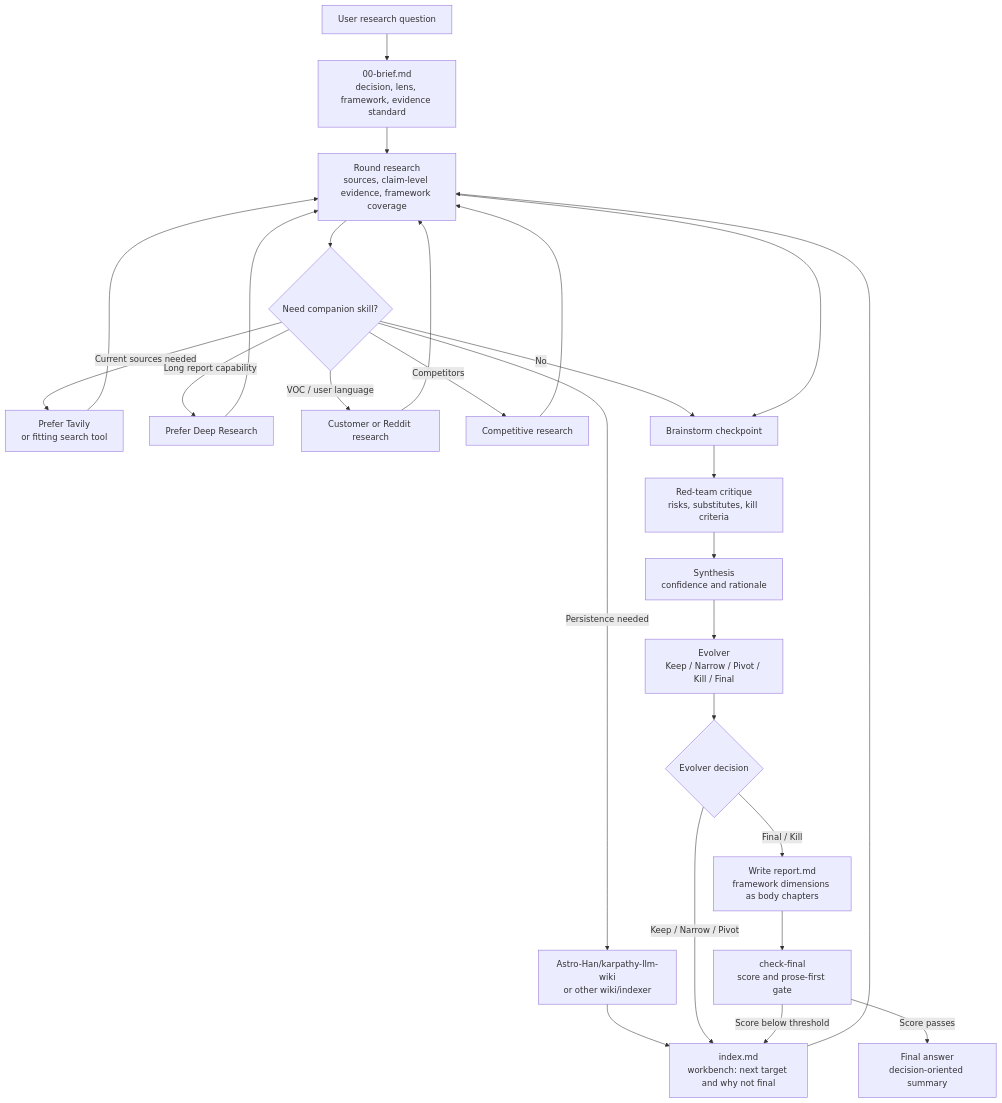
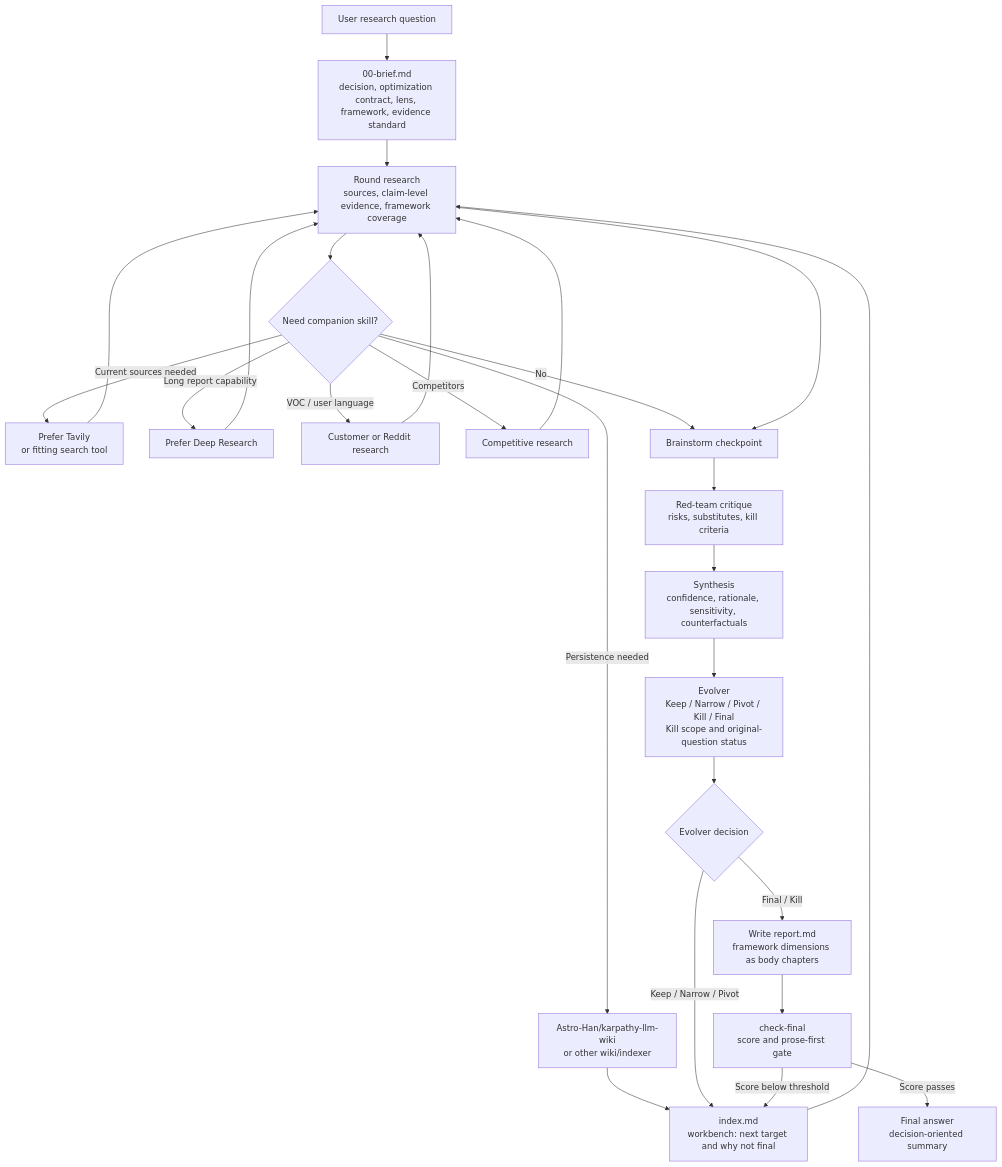
The diagram in README.md (GoatGit/super-survey), drawn with Mermaid before and after one commit. The commit also changed other lines of this file and 6 other files, not shown here.

````diff
--- a/README.md
+++ b/README.md
@@ -198,28 +200,28 @@
 ```mermaid
 flowchart TD
-    A[User research question] --> B[00-brief.md<br/>decision, lens, framework, evidence standard]
+    A[User research question] --> B[00-brief.md<br/>decision, optimization contract, lens, framework, evidence standard]
     B --> C[Round research<br/>sources, claim-level evidence, framework coverage]
     C --> D{Need companion skill?}
     D -->|Current sources needed| D1[Prefer Tavily<br/>or fitting search tool]
     D -->|Long report capability| D2[Prefer Deep Research]
     D -->|VOC / user language| D3[Customer or Reddit research]
     D -->|Competitors| D4[Competitive research]
     D -->|Persistence needed| D5[Astro-Han/karpathy-llm-wiki<br/>or other wiki/indexer]
     D -->|No| E[Brainstorm checkpoint]
     D1 --> C
     D2 --> C
     D3 --> C
     D4 --> C
     D5 --> I[index.md]
     C --> E[Brainstorm checkpoint]
     E --> F[Red-team critique<br/>risks, substitutes, kill criteria]
-    F --> G[Synthesis<br/>confidence and rationale]
-    G --> H[Evolver<br/>Keep / Narrow / Pivot / Kill / Final]
+    F --> G[Synthesis<br/>confidence, rationale, sensitivity, counterfactuals]
+    G --> H[Evolver<br/>Keep / Narrow / Pivot / Kill / Final<br/>Kill scope and original-question status]
     H --> Q{Evolver decision}
     Q -->|Keep / Narrow / Pivot| I[index.md<br/>workbench: next target and why not final]
     I --> C
     Q -->|Final / Kill| J[Write report.md<br/>framework dimensions as body chapters]
     J --> R[check-final<br/>score and prose-first gate]
     R -->|Score below threshold| I
     R -->|Score passes| K[Final answer<br/>decision-oriented summary]
 ```
````
